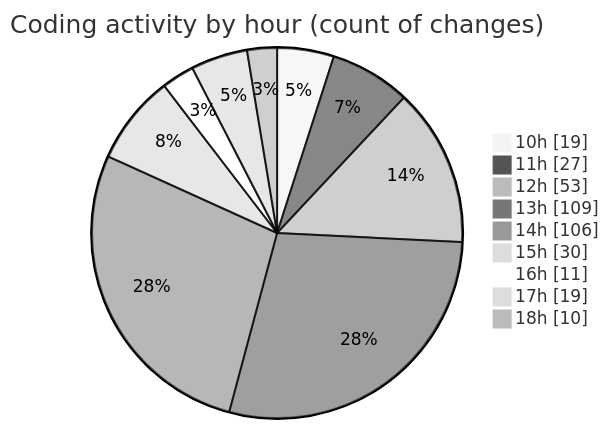
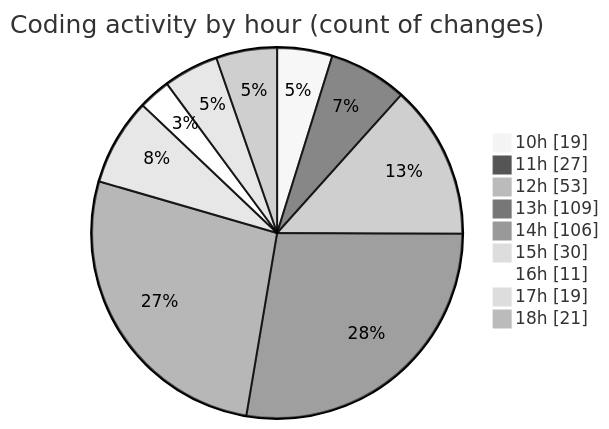
The second of 2 diagrams in 2025-03-18/cda/README.md (momahboobian/code-tracking), drawn with Mermaid (neutral theme) before and after one commit. The commit also changed other lines of this file and 1 other file, not shown here.

````diff
--- a/2025-03-18/cda/README.md
+++ b/2025-03-18/cda/README.md
@@ -42,13 +42,13 @@
 ```mermaid
 pie showData
 title Coding activity by hour (count of changes)
 "10h" : 19
 "11h" : 27
 "12h" : 53
 "13h" : 109
 "14h" : 106
 "15h" : 30
 "16h" : 11
 "17h" : 19
-"18h" : 10
+"18h" : 21
 ```
````
